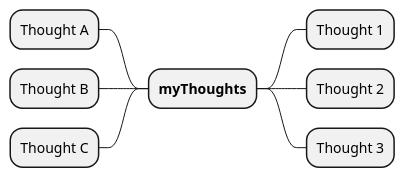
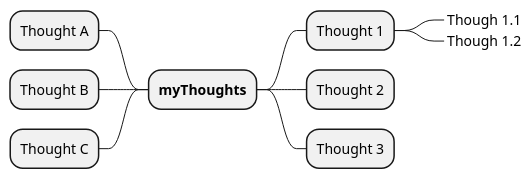
Before and after one commit to docToolchain/docs-as-co.de: the diagram in docs/_posts/demo.puml, drawn with PlantUML.

Commit message:
fixed demo mind map

```diff
--- a/docs/_posts/demo.puml
+++ b/docs/_posts/demo.puml
@@ -1,14 +1,18 @@
 @startmindmap
 
 + **myThoughts**
 ++ Thought 1
+'tag::details[]
++++_ Though 1.1
++++_ Though 1.2
+'end::details[]
 ++ Thought 2
 ++ Thought 3
 
 'tag::left[]
 -- Thought A
 -- Thought B
 -- Thought C
 'end::left[]
 
 @endmindmap
```
